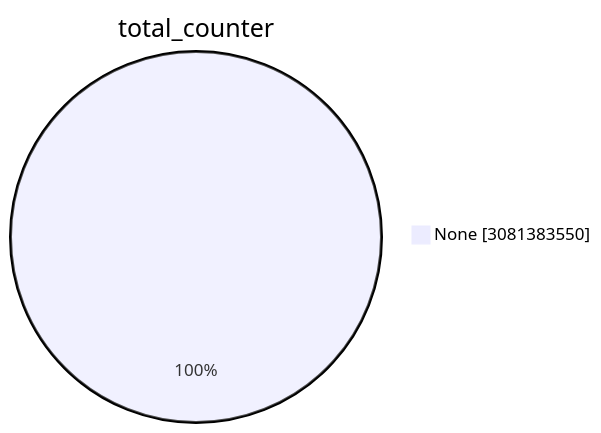
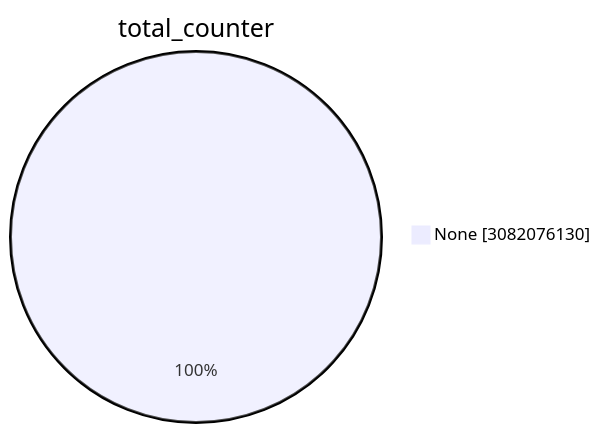
One commit to christiankrug/ctmonitor_visualization changed the first of 15 diagrams in TOTAL/README.md. Above: the diagram before and after it, drawn with Mermaid. The commit also changed other lines of this file, not shown here.

````diff
--- a/TOTAL/README.md
+++ b/TOTAL/README.md
@@ -1,5 +1,5 @@
 ```mermaid
 pie showData
 title total_counter
-"None" :3081383550
+"None" :3082076130
 ```
````
